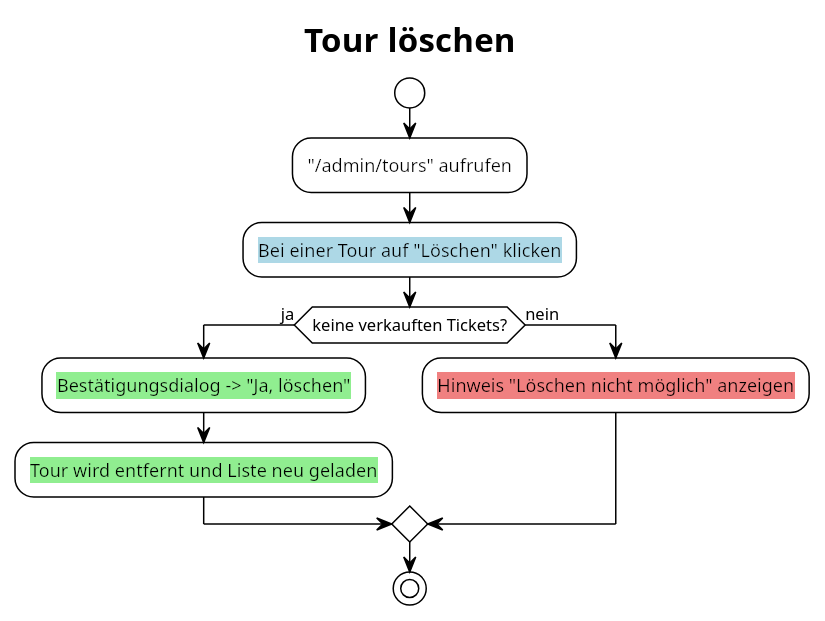
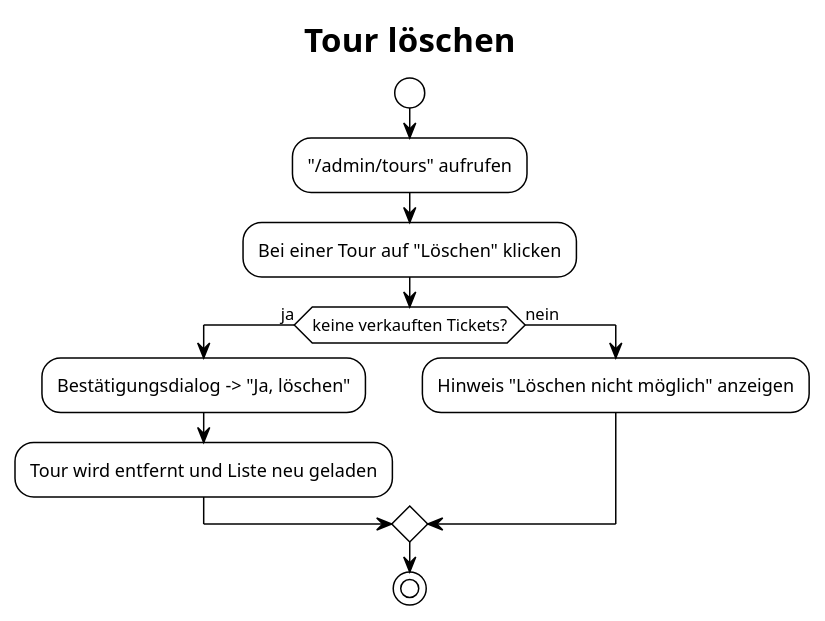
Before and after one commit to konzjulianprivat/EventimDisabilityIntegration: the diagram in diagrams/delete_tour.puml, drawn with PlantUML. The commit also changed 20 other files, not shown here.

```diff
--- a/diagrams/delete_tour.puml
+++ b/diagrams/delete_tour.puml
@@ -1,18 +1,18 @@
 @startuml
 title Tour löschen
 
 !theme plain
 skinparam linetype ortho
 start
 
-:<back:White>"/admin/tours" aufrufen;
-:<back:LightBlue>Bei einer Tour auf "Löschen" klicken;
+:"/admin/tours" aufrufen;
+:Bei einer Tour auf "Löschen" klicken;
 if (keine verkauften Tickets?) then (ja)
-  :<back:LightGreen>Bestätigungsdialog -> "Ja, löschen";
-  :<back:LightGreen>Tour wird entfernt und Liste neu geladen;
+  :Bestätigungsdialog -> "Ja, löschen";
+  :Tour wird entfernt und Liste neu geladen;
 else (nein)
-  :<back:LightCoral>Hinweis "Löschen nicht möglich" anzeigen;
+  :Hinweis "Löschen nicht möglich" anzeigen;
 endif
 
 stop
 @enduml
```
